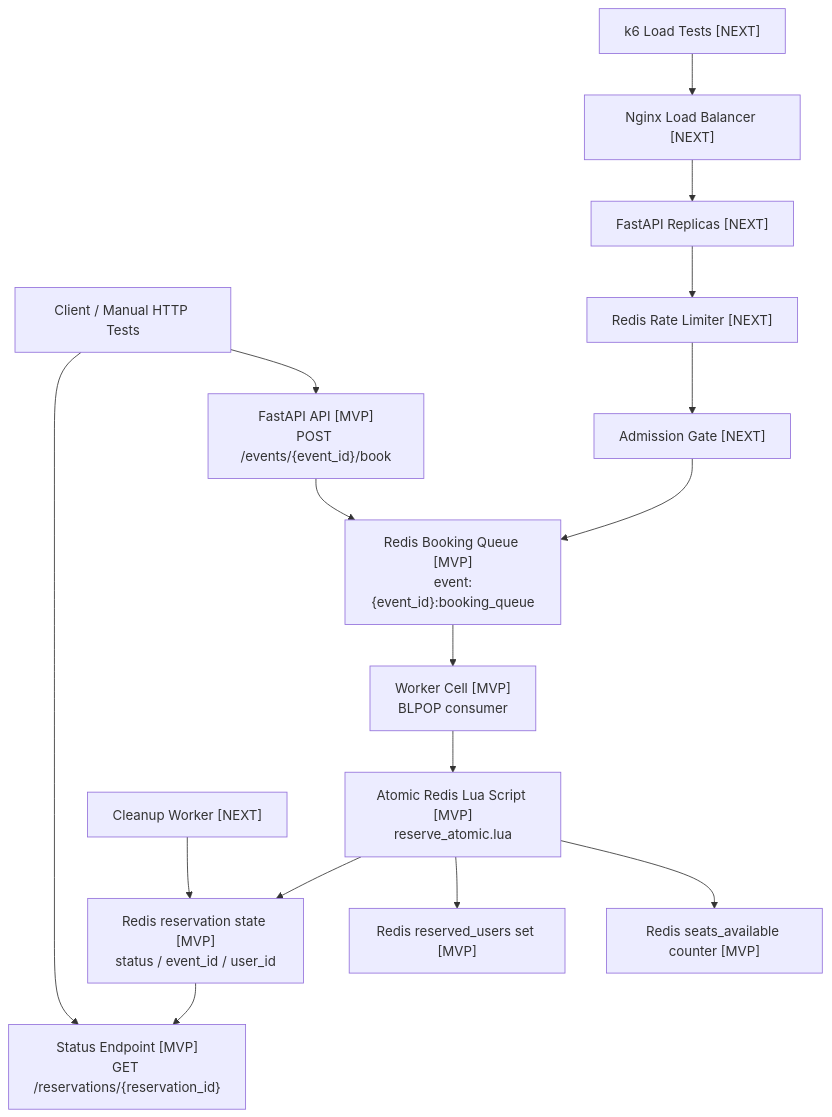
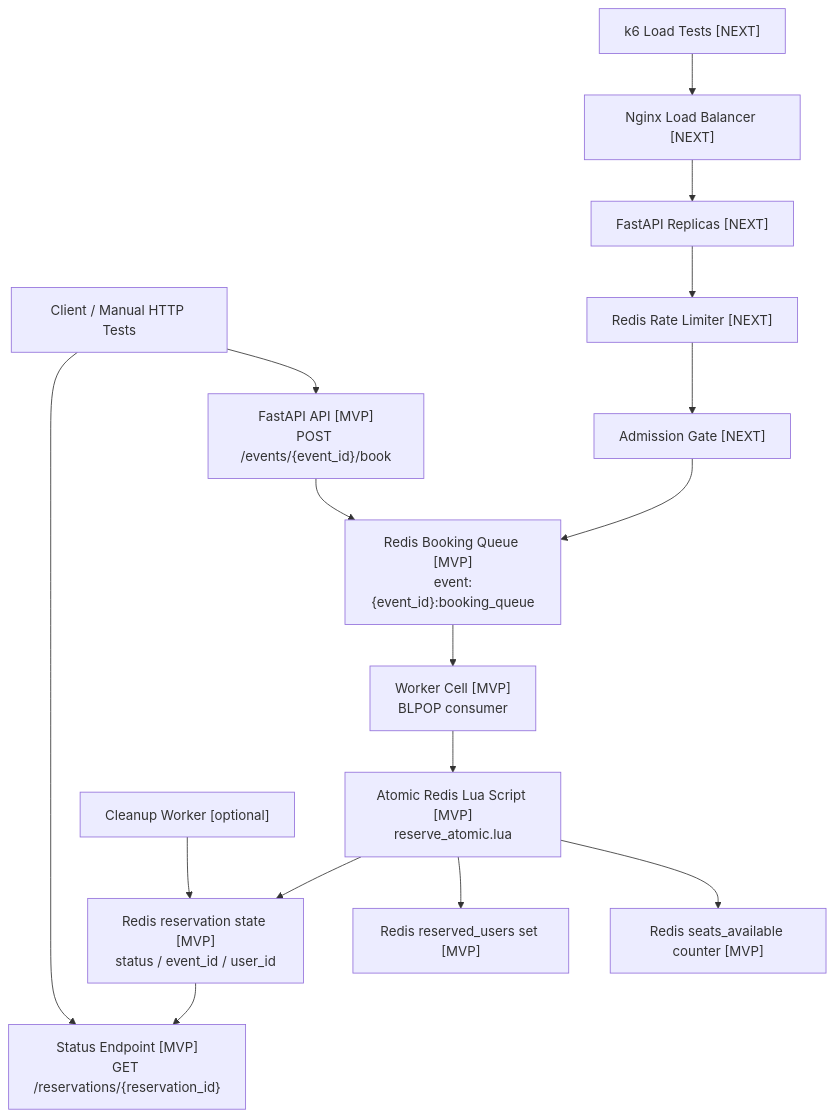
One commit to felix00112/SE3S-Assignment-Prototyping1 changed the diagram in docs/architecture/workflow-mvp.md. Above: the diagram before and after it, drawn with Mermaid.

Commit message:
doc: update workflow diagram to indicate Cleanup Worker as optional

````diff
--- a/docs/architecture/workflow-mvp.md
+++ b/docs/architecture/workflow-mvp.md
@@ -9,27 +9,27 @@
 ```mermaid
 flowchart TD
     client["Client / Manual HTTP Tests"] --> api["FastAPI API [MVP]\nPOST /events/{event_id}/book"]
     api --> queue["Redis Booking Queue [MVP]\nevent:{event_id}:booking_queue"]
     queue --> worker["Worker Cell [MVP]\nBLPOP consumer"]
     worker --> lua["Atomic Redis Lua Script [MVP]\nreserve_atomic.lua"]
     lua --> seats["Redis seats_available counter [MVP]"]
     lua --> users["Redis reserved_users set [MVP]"]
     lua --> reservation["Redis reservation state [MVP]\nstatus / event_id / user_id"]
     reservation --> status["Status Endpoint [MVP]\nGET /reservations/{reservation_id}"]
 
     client --> status
 
     nginx["Nginx Load Balancer [NEXT]"]
     replicas["FastAPI Replicas [NEXT]"]
     ratelimit["Redis Rate Limiter [NEXT]"]
     gate["Admission Gate [NEXT]"]
-    cleanup["Cleanup Worker [NEXT]"]
+    cleanup["Cleanup Worker [optional]"]
     k6["k6 Load Tests [NEXT]"]
 
     k6 --> nginx
     nginx --> replicas
     replicas --> ratelimit
     ratelimit --> gate
     gate --> queue
     cleanup --> reservation
 ```
````
